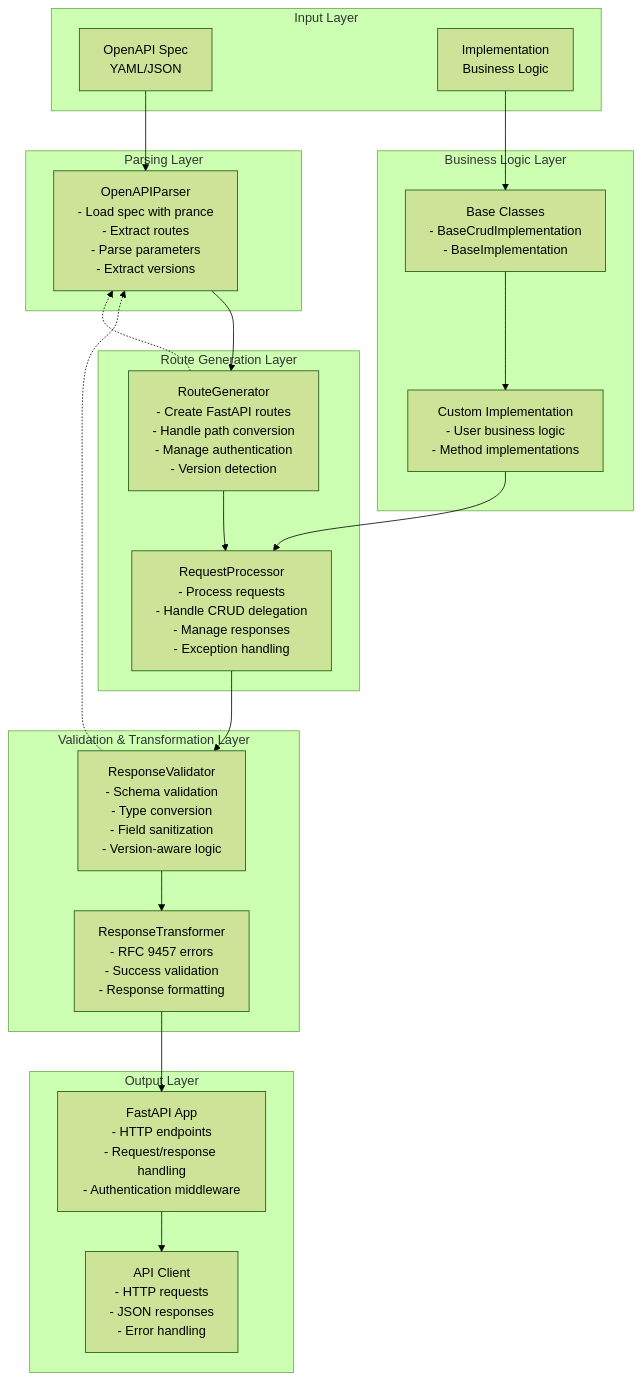
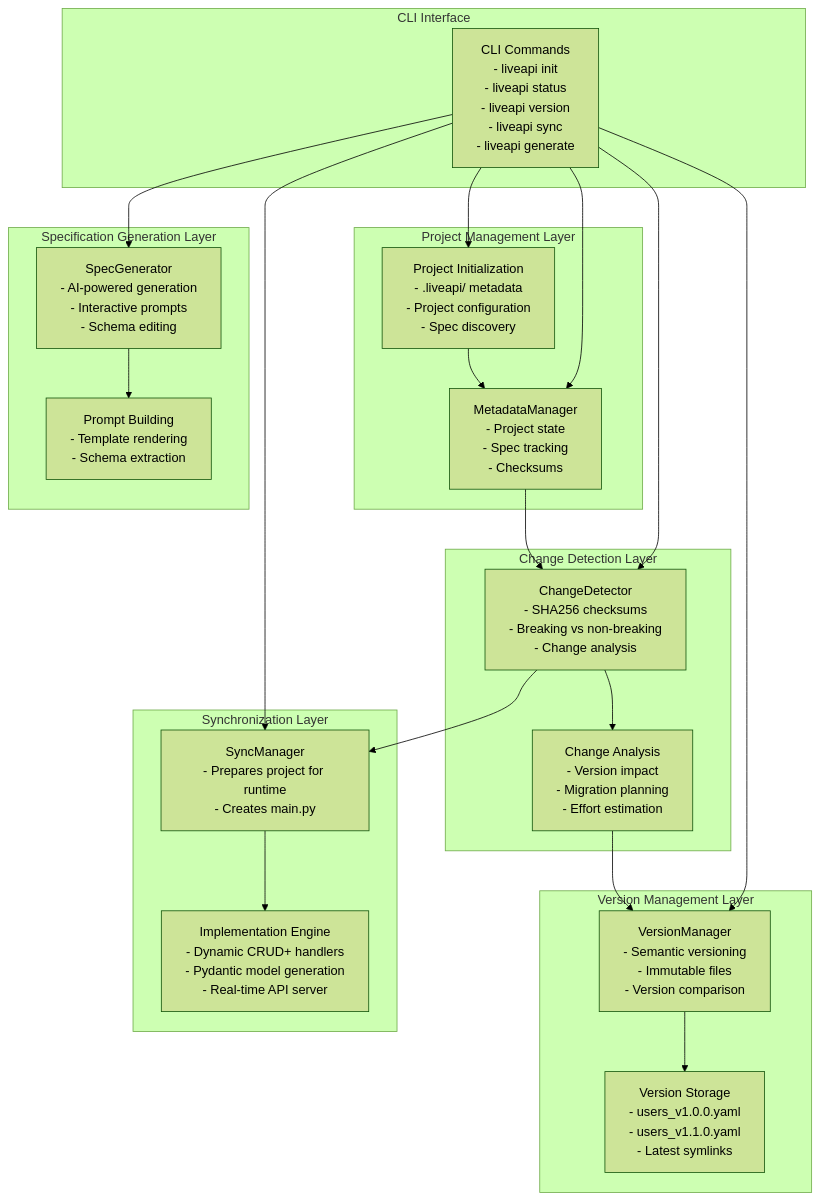
One commit to NationalGalleryOfArt/liveapi changed the first of 3 diagrams in ARCHITECTURE.md. Above: the diagram before and after it, drawn with Mermaid (forest theme). The commit also changed other lines of this file and 118 other files, not shown here.

Commit message:
new version of liveapi

````diff
--- a/ARCHITECTURE.md
+++ b/ARCHITECTURE.md
@@ -11,47 +11,47 @@
 ```mermaid
 graph TB
-    subgraph "Input Layer"
-        SPEC[OpenAPI Spec<br/>YAML/JSON]
-        IMPL[Implementation<br/>Business Logic]
+    subgraph "Project Management Layer"
+        INIT[Project Initialization<br/>- .liveapi/ metadata<br/>- Project configuration<br/>- Spec discovery]
+        META[MetadataManager<br/>- Project state<br/>- Spec tracking<br/>- Checksums]
     end
     
-    subgraph "Parsing Layer"
-        PARSER[OpenAPIParser<br/>- Load spec with prance<br/>- Extract routes<br/>- Parse parameters<br/>- Extract versions]
+    subgraph "Change Detection Layer"
+        DETECTOR[ChangeDetector<br/>- SHA256 checksums<br/>- Breaking vs non-breaking<br/>- Change analysis]
+        ANALYZER[Change Analysis<br/>- Version impact<br/>- Migration planning<br/>- Effort estimation]
     end
     
-    subgraph "Route Generation Layer"
-        ROUTER[RouteGenerator<br/>- Create FastAPI routes<br/>- Handle path conversion<br/>- Manage authentication<br/>- Version detection]
-        REQPROC[RequestProcessor<br/>- Process requests<br/>- Handle CRUD delegation<br/>- Manage responses<br/>- Exception handling]
+    subgraph "Version Management Layer"
+        VMANAGER[VersionManager<br/>- Semantic versioning<br/>- Immutable files<br/>- Version comparison]
+        VERSIONS[Version Storage<br/>- users_v1.0.0.yaml<br/>- users_v1.1.0.yaml<br/>- Latest symlinks]
     end
     
-    subgraph "Validation & Transformation Layer"
-        VALIDATOR[ResponseValidator<br/>- Schema validation<br/>- Type conversion<br/>- Field sanitization<br/>- Version-aware logic]
-        TRANSFORMER[ResponseTransformer<br/>- RFC 9457 errors<br/>- Success validation<br/>- Response formatting]
+    subgraph "Synchronization Layer"
+        SYNC[SyncManager<br/>- Prepares project for runtime<br/>- Creates main.py]
+        IMPLEMENTATION[Implementation Engine<br/>- Dynamic CRUD+ handlers<br/>- Pydantic model generation<br/>- Real-time API server]
     end
     
-    subgraph "Business Logic Layer"
-        BASE[Base Classes<br/>- BaseCrudImplementation<br/>- BaseImplementation]
-        CUSTOM[Custom Implementation<br/>- User business logic<br/>- Method implementations]
+    subgraph "Specification Generation Layer"
+        GENERATOR[SpecGenerator<br/>- AI-powered generation<br/>- Interactive prompts<br/>- Schema editing]
+        PROMPT[Prompt Building<br/>- Template rendering<br/>- Schema extraction]
     end
     
-    subgraph "Output Layer"
-        FASTAPI[FastAPI App<br/>- HTTP endpoints<br/>- Request/response handling<br/>- Authentication middleware]
-        CLIENT[API Client<br/>- HTTP requests<br/>- JSON responses<br/>- Error handling]
+    subgraph "CLI Interface"
+        CLI[CLI Commands<br/>- liveapi init<br/>- liveapi status<br/>- liveapi version<br/>- liveapi sync<br/>- liveapi generate]
     end
     
-    SPEC --> PARSER
-    IMPL --> BASE
-    BASE --> CUSTOM
+    CLI --> INIT
+    CLI --> META
+    CLI --> DETECTOR
+    CLI --> VMANAGER
+    CLI --> SYNC
+    CLI --> GENERATOR
     
-    PARSER --> ROUTER
-    ROUTER --> REQPROC
-    REQPROC --> VALIDATOR
-    VALIDATOR --> TRANSFORMER
-    
-    CUSTOM --> REQPROC
-    TRANSFORMER --> FASTAPI
-    FASTAPI --> CLIENT
-    
-    ROUTER -.-> PARSER
-    VALIDATOR -.-> PARSER
+    INIT --> META
+    META --> DETECTOR
+    DETECTOR --> ANALYZER
+    ANALYZER --> VMANAGER
+    VMANAGER --> VERSIONS
+    DETECTOR --> SYNC
+    SYNC --> IMPLEMENTATION
+    GENERATOR --> PROMPT
 ```
````
